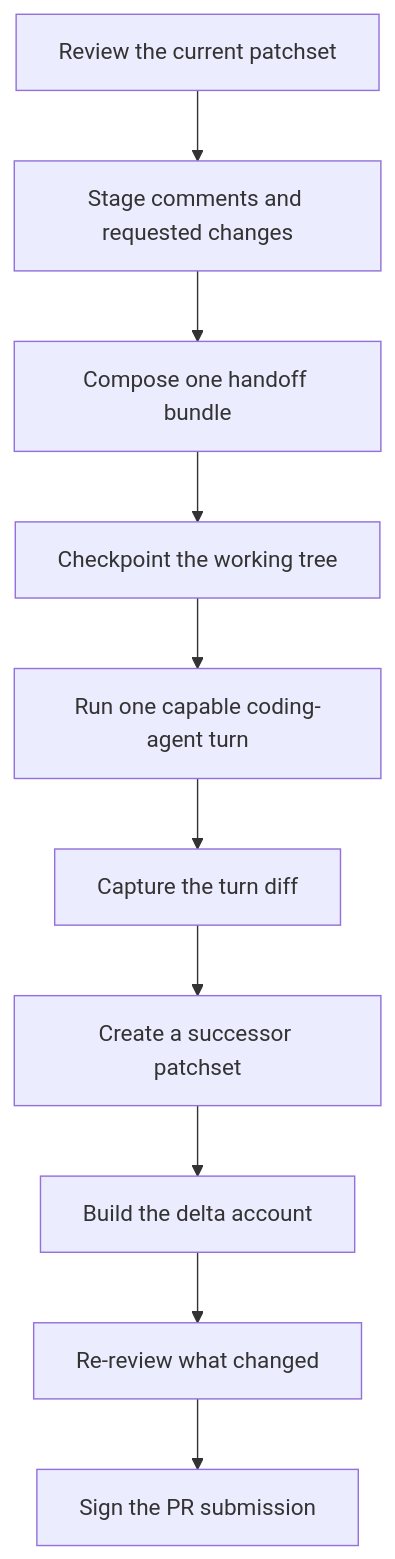
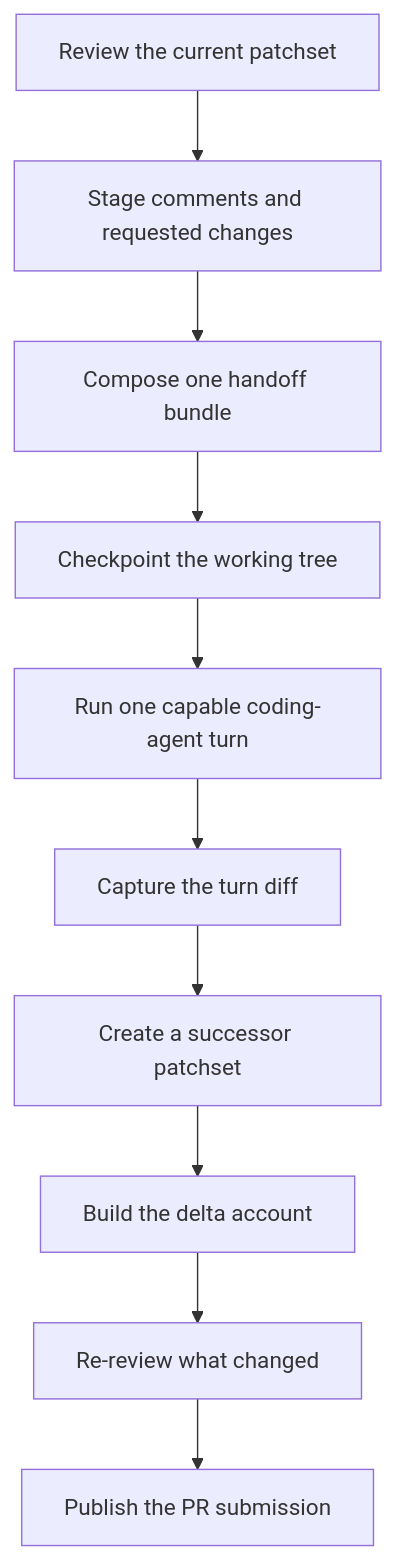
The first of 5 diagrams in docs/src/content/docs/developing/concepts/agent-handoff.md (rbutera/Rennet), drawn with Mermaid before and after one commit. The commit also changed other lines of this file and 53 other files, not shown here.

````diff
--- a/docs/src/content/docs/developing/concepts/agent-handoff.md
+++ b/docs/src/content/docs/developing/concepts/agent-handoff.md
@@ -24,12 +24,12 @@
 ```mermaid
 flowchart TD
   review["Review the current patchset"] --> dispose["Stage comments and requested changes"]
   dispose --> compose["Compose one handoff bundle"]
   compose --> checkpoint["Checkpoint the working tree"]
   checkpoint --> agent["Run one capable coding-agent turn"]
   agent --> diff["Capture the turn diff"]
   diff --> successor["Create a successor patchset"]
   successor --> account["Build the delta account"]
   account --> rereview["Re-review what changed"]
-  rereview --> paper["Sign the PR submission"]
+  rereview --> publish["Publish the PR submission"]
 ```
````
